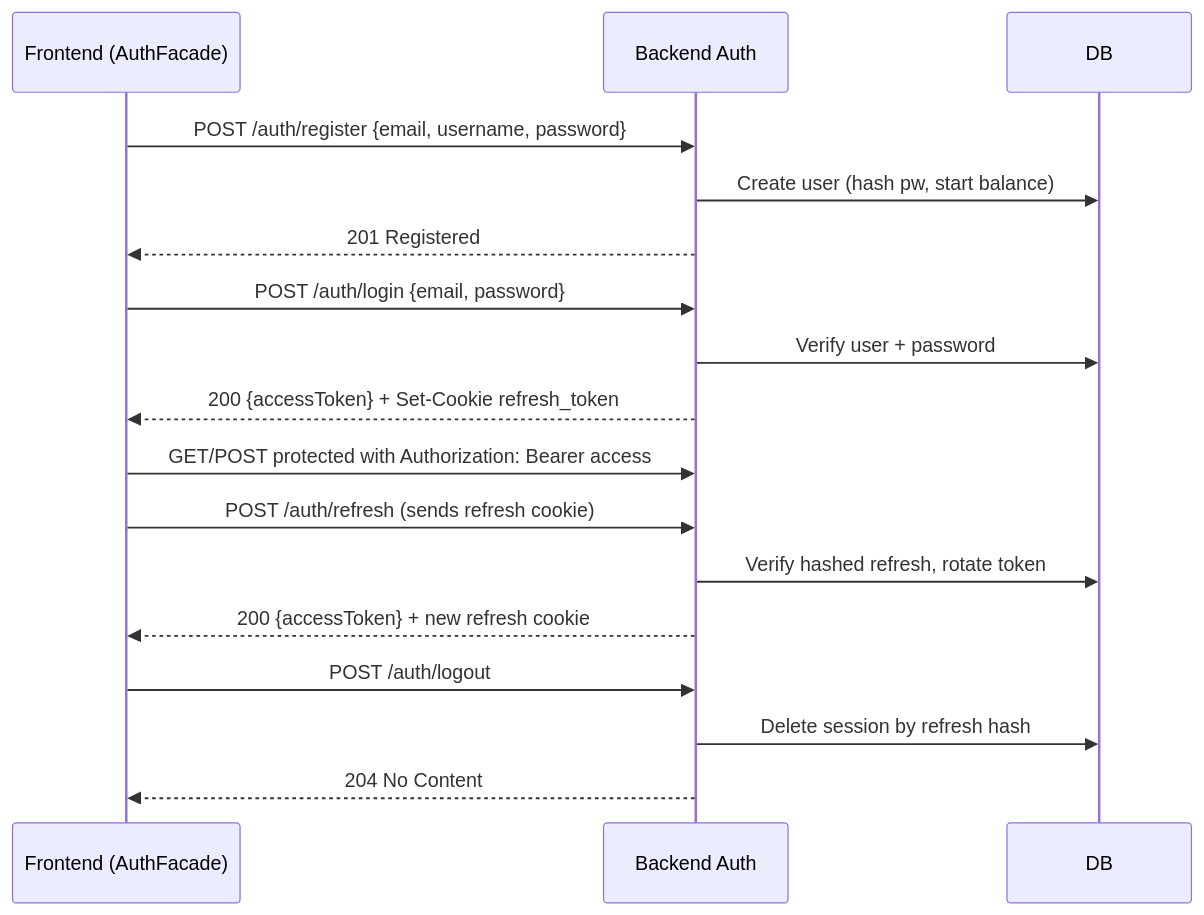
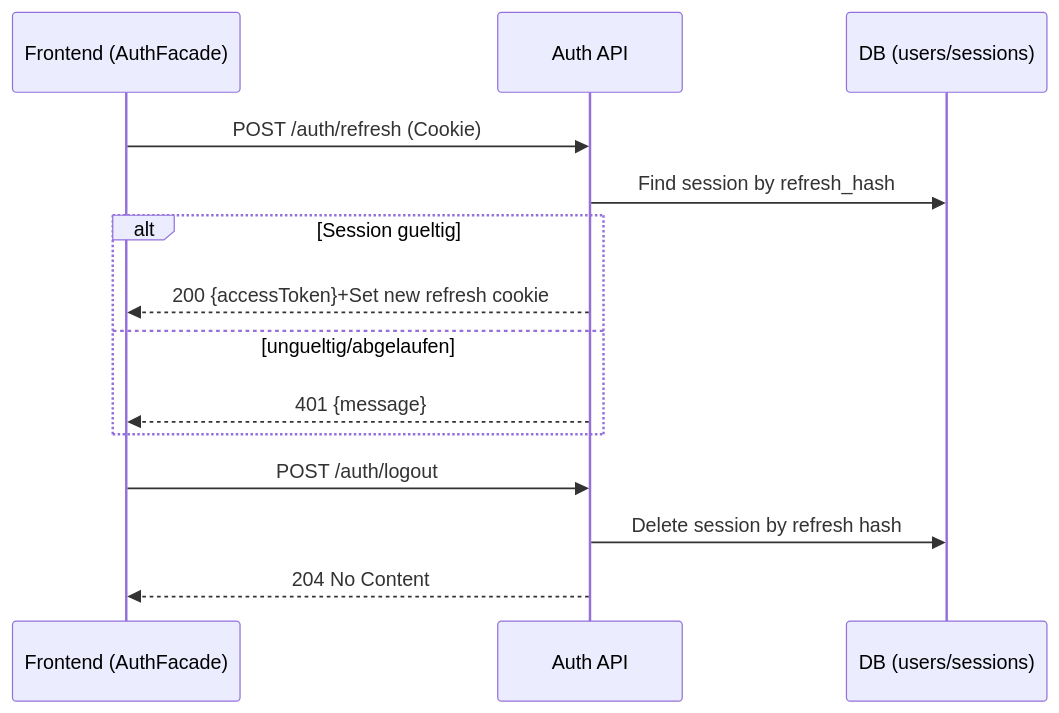
One commit to JustinKaram14/BetCeption changed the third of 6 diagrams in docs/UseCases/UC1_Authentifizierung_&_Session_Management.md. Above: the diagram before and after it, drawn with Mermaid. The commit also changed other lines of this file and 57 other files, not shown here.

Commit message:
Mermaid Diagramme, UCRS ergänzt und erstellt, pngs gelöscht

````diff
--- a/docs/UseCases/UC1_Authentifizierung_&_Session_Management.md
+++ b/docs/UseCases/UC1_Authentifizierung_&_Session_Management.md
@@ -30,19 +141,18 @@
 ```mermaid
 sequenceDiagram
   participant FE as Frontend (AuthFacade)
-  participant API as Backend Auth
-  participant DB as DB
-  FE->>API: POST /auth/register {email, username, password}
-  API->>DB: Create user (hash pw, start balance)
-  API-->>FE: 201 Registered
-  FE->>API: POST /auth/login {email, password}
-  API->>DB: Verify user + password
-  API-->>FE: 200 {accessToken} + Set-Cookie refresh_token
-  FE->>API: GET/POST protected with Authorization: Bearer access
-  FE->>API: POST /auth/refresh (sends refresh cookie)
-  API->>DB: Verify hashed refresh, rotate token
-  API-->>FE: 200 {accessToken} + new refresh cookie
+  participant API as Auth API
+  participant DB as DB (users/sessions)
+
+  FE->>API: POST /auth/refresh (Cookie)
+  API->>DB: Find session by refresh_hash
+  alt Session gueltig
+    API-->>FE: 200 {accessToken}+Set new refresh cookie
+  else ungueltig/abgelaufen
+    API-->>FE: 401 {message}
+  end
+
   FE->>API: POST /auth/logout
   API->>DB: Delete session by refresh hash
   API-->>FE: 204 No Content
 ```
````
